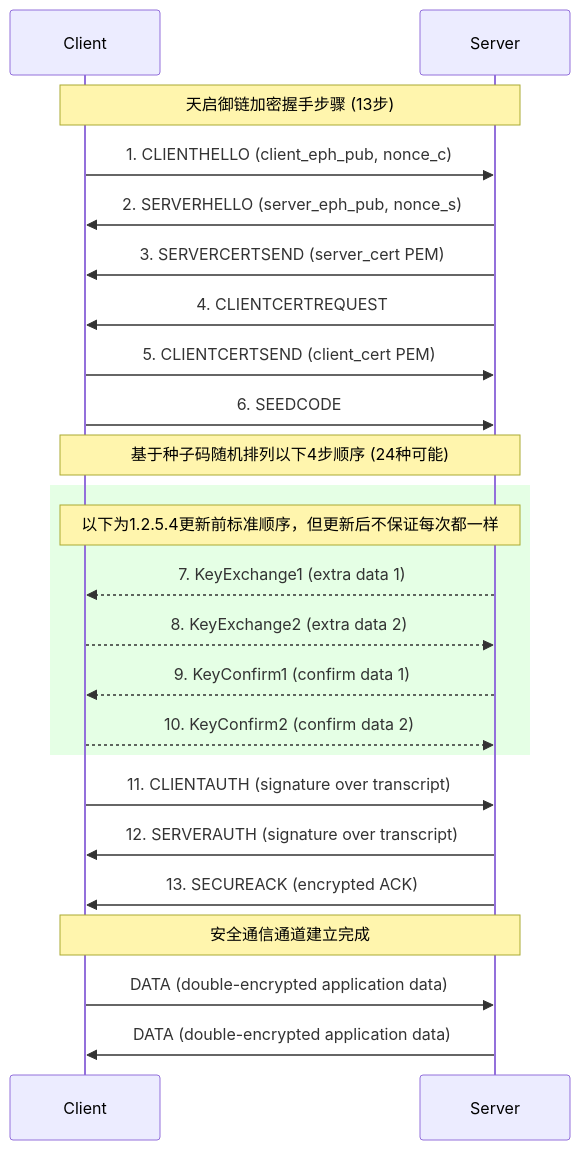
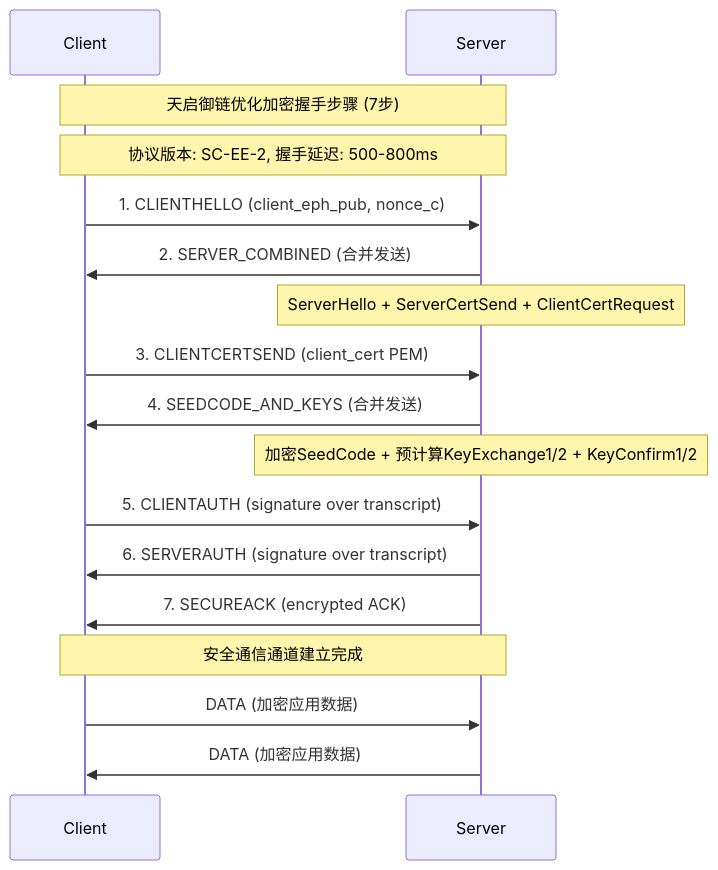
The diagram in README.md (XDDXMT/Sovereign-Chain), drawn with Mermaid before and after one commit. The commit also changed other lines of this file and 3 other files, not shown here.

````diff
--- a/README.md
+++ b/README.md
@@ -131,29 +140,22 @@
 ```mermaid
 sequenceDiagram
     participant Client
     participant Server
 
-    Note over Client, Server: 天启御链加密握手步骤 (13步)
+    Note over Client, Server: 天启御链优化加密握手步骤 (7步)
+    Note over Client, Server: 协议版本: SC-EE-2, 握手延迟: 500-800ms
 
     Client->>Server: 1. CLIENTHELLO (client_eph_pub, nonce_c)
-    Server->>Client: 2. SERVERHELLO (server_eph_pub, nonce_s)
-    Server->>Client: 3. SERVERCERTSEND (server_cert PEM)
-    Server->>Client: 4. CLIENTCERTREQUEST
-    Client->>Server: 5. CLIENTCERTSEND (client_cert PEM)
-    Client->>Server: 6. SEEDCODE 
-    Note over Client, Server: 基于种子码随机排列以下4步顺序 (24种可能)
-    rect rgba(0, 255, 0, 0.1)
-        Note over Client, Server: 以下为1.2.5.4更新前标准顺序，但更新后不保证每次都一样
-        Server-->>Client: 7. KeyExchange1 (extra data 1)
-        Client-->>Server: 8. KeyExchange2 (extra data 2)
-        Server-->>Client: 9. KeyConfirm1 (confirm data 1)
-        Client-->>Server: 10. KeyConfirm2 (confirm data 2)
-    end
-    Client->>Server: 11. CLIENTAUTH (signature over transcript)
-    Server->>Client: 12. SERVERAUTH (signature over transcript)
-    Server->>Client: 13. SECUREACK (encrypted ACK)
+    Server->>Client: 2. SERVER_COMBINED (合并发送)
+    Note over Server: ServerHello + ServerCertSend + ClientCertRequest
+    Client->>Server: 3. CLIENTCERTSEND (client_cert PEM)
+    Server->>Client: 4. SEEDCODE_AND_KEYS (合并发送)
+    Note over Server: 加密SeedCode + 预计算KeyExchange1/2 + KeyConfirm1/2
+    Client->>Server: 5. CLIENTAUTH (signature over transcript)
+    Server->>Client: 6. SERVERAUTH (signature over transcript)
+    Server->>Client: 7. SECUREACK (encrypted ACK)
 
     Note over Client, Server: 安全通信通道建立完成
-    Client->>Server: DATA (double-encrypted application data)
-    Server->>Client: DATA (double-encrypted application data)
+    Client->>Server: DATA (加密应用数据)
+    Server->>Client: DATA (加密应用数据)
 ```
````
